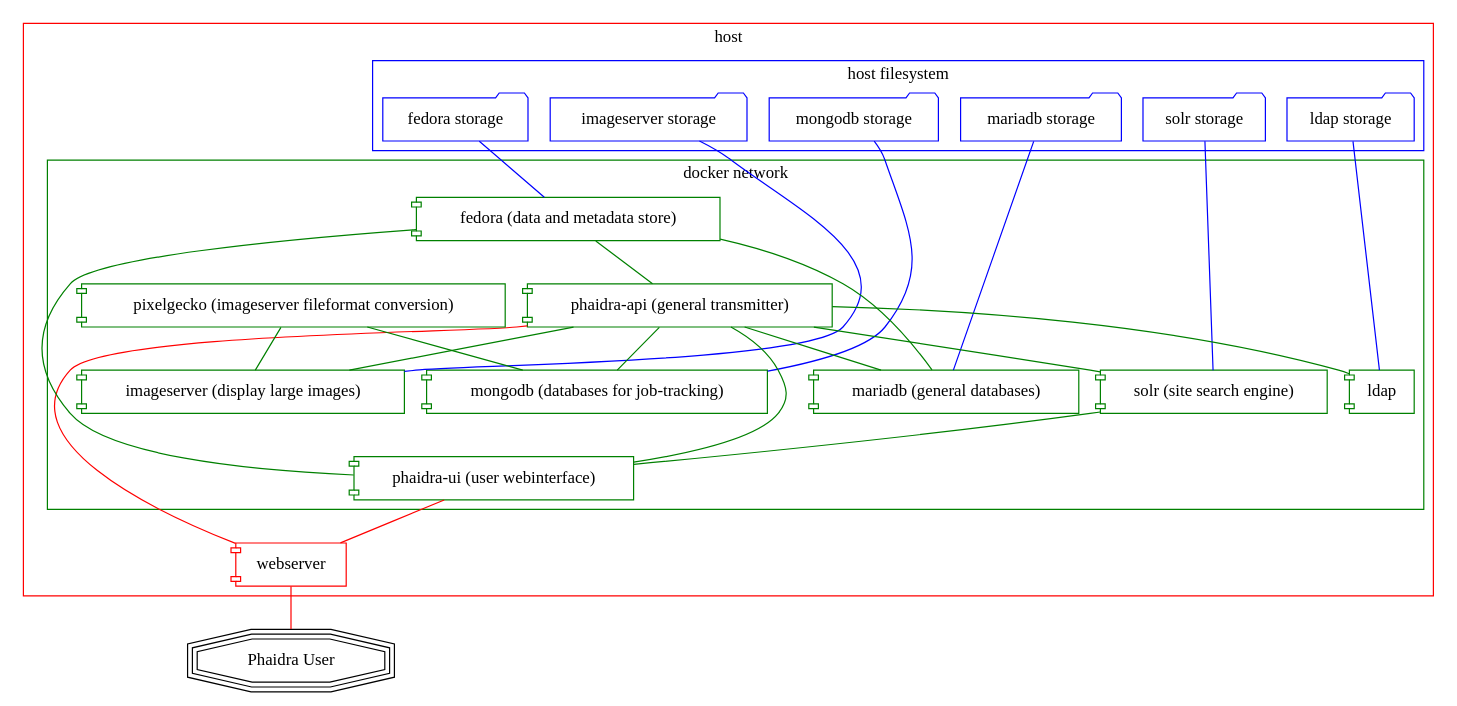
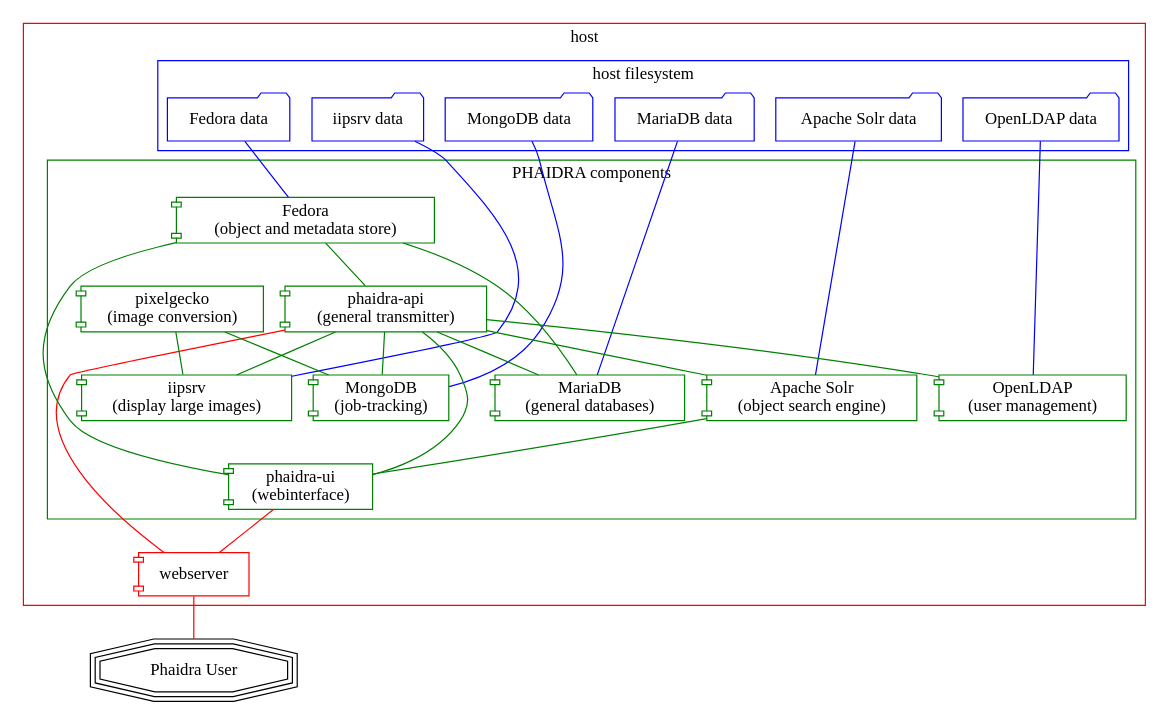
One commit to phaidra/phaidra changed the diagram in README.org. Above: the diagram before and after it, drawn with Graphviz. The commit also changed 1 other file, not shown here.

Commit message:
add links.

```diff
--- a/README.org
+++ b/README.org
@@ -14,62 +14,62 @@
   #+begin_src dot :file "./images/construction.svg" :exports results
     graph G {
         graph [rankdir="TB"]
         subgraph cluster_host {
             label = "host";
             color = red;
             node [shape = component, style = solid, color = red]
             a1 [label="webserver"];
             subgraph cluster_host_storage {
                 label = "host filesystem";
                 node [shape = folder, style = solid, color = blue]
                 color = blue;
-                b1 [label="fedora storage"];
-                b2 [label="mariadb storage"];
-                b3 [label="mongodb storage"];
-                b4 [label="imageserver storage"];
-                b5 [label="solr storage"];
-                b6 [label="ldap storage"];
+                b1 [label="Fedora data"];
+                b2 [label="MariaDB data"];
+                b3 [label="MongoDB data"];
+                b4 [label="iipsrv data"];
+                b5 [label="Apache Solr data"];
+                b6 [label="OpenLDAP data"];
             }
             subgraph cluster_docker_network_host {
-                label="docker network";
+                label="PHAIDRA components";
                 node [shape = component, style = solid, color = green]
                 color = green;
-                c1 [label="fedora (data and metadata store)"];
-                c2 [label="phaidra-api (general transmitter)"];
-                c3 [label="mariadb (general databases)"];
-                c4 [label="mongodb (databases for job-tracking)"];
-                c5 [label="phaidra-ui (user webinterface)"];
-                c6 [label="ldap"];
-                c7 [label="solr (site search engine)"];
-                c8 [label="imageserver (display large images)"];
-                c9 [label="pixelgecko (imageserver fileformat conversion)"]
+                c1 [label="Fedora\n(object and metadata store)", URL="https://fedora.lyrasis.org/"];
+                c2 [label="phaidra-api\n(general transmitter)", URL="https://github.com/phaidra/phaidra-api"];
+                c3 [label="MariaDB\n(general databases)", URL="https://mariadb.org/"];
+                c4 [label="MongoDB\n(job-tracking)", URL="https://www.mongodb.com/"];
+                c5 [label="phaidra-ui\n(webinterface)", URL="https://github.com/phaidra/phaidra-ui"];
+                c6 [label="OpenLDAP\n(user management)", URL="https://www.openldap.org/"];
+                c7 [label="Apache Solr\n(object search engine)", URL="https://solr.apache.org/"];
+                c8 [label="iipsrv\n(display large images)", URL="https://github.com/ruven/iipsrv"];
+                c9 [label="pixelgecko\n(image conversion)"]
             }}
 
         d1 [label="Phaidra User", shape = tripleoctagon, style = solid]
 
             c1 -- c2 [color="green"];
             c2 -- c3 [color="green"];
             c2 -- c4 [color="green"];
             c2 -- c5 [color="green"];
             c2 -- c6 [color="green"];
             c7 -- c5 [color="green"];
             c5 -- c1 [color="green"];
             c1 -- c3 [color="green"];
             c2 -- c8 [color="green"];
             c2 -- c7 [color="green"];
             c9 -- c8 [color="green"];
             c9 -- c4 [color="green"];
 
             b1 -- c1 [color="blue"];
             b2 -- c3 [color="blue"];
             b3 -- c4 [color="blue"];
             b4 -- c8 [color="blue"];
             b5 -- c7 [color="blue"];
             b6 -- c6 [color="blue"];
 
             a1 -- d1 [color="red"];
             c2 -- a1 [color="red"];
             c5 -- a1 [color="red"];
 
     }
   #+end_src
```
